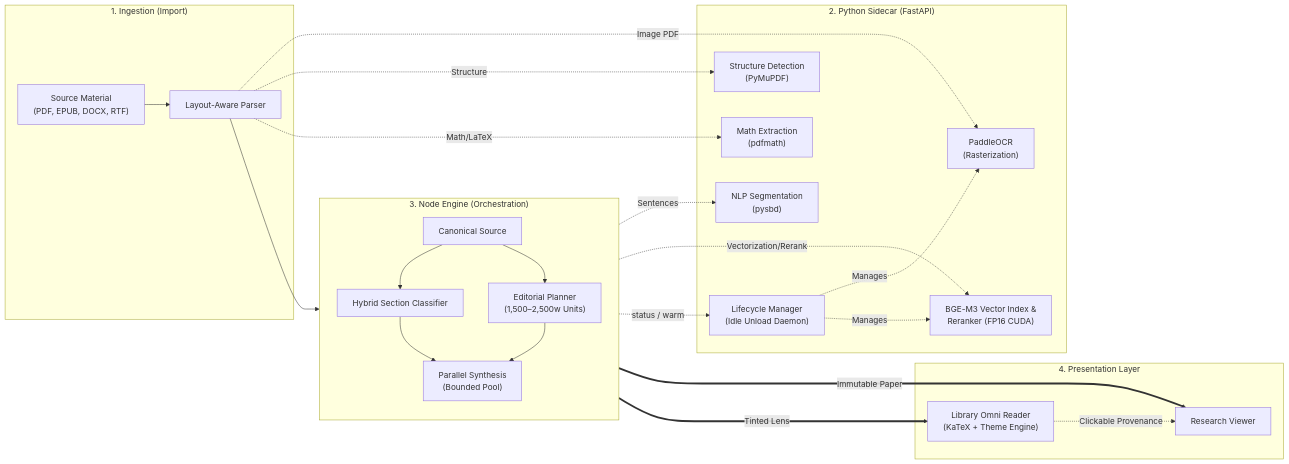
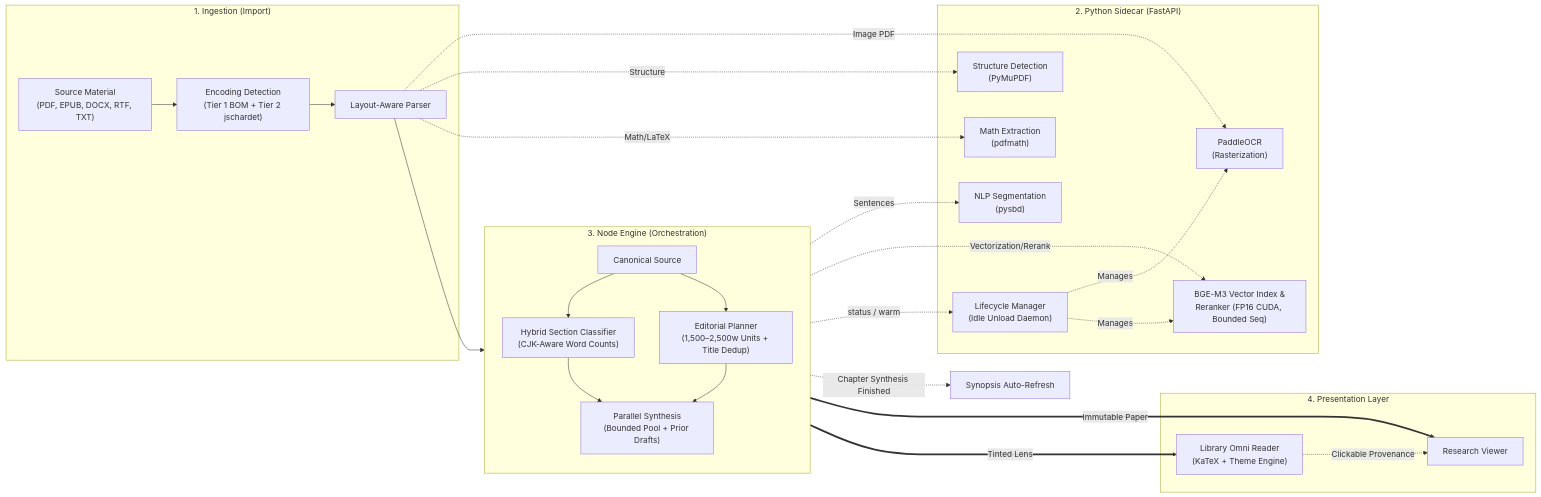
The second of 2 diagrams in README.md (avengersvstheflash/Smart-Reader), drawn with Mermaid before and after one commit. The commit also changed other lines of this file, not shown here.

Commit message:
docs: update README with F51 series Japanese ingestion & architecture additions

````diff
--- a/README.md
+++ b/README.md
@@ -88,35 +98,37 @@
 ```mermaid
 flowchart LR
     subgraph INGESTION ["1. Ingestion (Import)"]
-        RawDoc["Source Material<br/>(PDF, EPUB, DOCX, RTF)"] --> Parser["Layout-Aware Parser"]
+        RawDoc["Source Material<br/>(PDF, EPUB, DOCX, RTF, TXT)"] --> Dec["Encoding Detection<br/>(Tier 1 BOM + Tier 2 jschardet)"]
+        Dec --> Parser["Layout-Aware Parser"]
     end
     subgraph PYTHON_SIDECAR ["2. Python Sidecar (FastAPI)"]
         Lifecycle["Lifecycle Manager<br/>(Idle Unload Daemon)"]
         OCR["PaddleOCR<br/>(Rasterization)"]
         NLP["NLP Segmentation<br/>(pysbd)"]
         Structure["Structure Detection<br/>(PyMuPDF)"]
         Math["Math Extraction<br/>(pdfmath)"]
-        Embedder["BGE-M3 Vector Index &<br/>Reranker (FP16 CUDA)"]
+        Embedder["BGE-M3 Vector Index &<br/>Reranker (FP16 CUDA, Bounded Seq)"]
         Lifecycle -.->|"Manages"| OCR & Embedder
     end
     subgraph NODE_ENGINE ["3. Node Engine (Orchestration)"]
         direction TB
         Canon["Canonical Source"]
-        Classifier["Hybrid Section Classifier"]
-        Planner["Editorial Planner<br/>(1,500–2,500w Units)"]
-        Compressor["Parallel Synthesis<br/>(Bounded Pool)"]
+        Classifier["Hybrid Section Classifier<br/>(CJK-Aware Word Counts)"]
+        Planner["Editorial Planner<br/>(1,500–2,500w Units + Title Dedup)"]
+        Compressor["Parallel Synthesis<br/>(Bounded Pool + Prior Drafts)"]
         Canon --> Classifier & Planner --> Compressor
     end
     Parser --> Canon
     Parser -.->|"Image PDF"| OCR
     Parser -.->|"Structure"| Structure
     Parser -.->|"Math/LaTeX"| Math
     Canon -.->|"Sentences"| NLP
     Canon -.->|"Vectorization/Rerank"| Embedder
     Compressor -.->|"status / warm"| Lifecycle
+    Compressor -.->|"Chapter Synthesis Finished"| SynopsisRef["Synopsis Auto-Refresh"]
     subgraph PRESENTATION ["4. Presentation Layer"]
         Canon ===>|"Immutable Paper"| ResearchViewer["Research Viewer"]
         Compressor ===>|"Tinted Lens"| LibraryReader["Library Omni Reader<br/>(KaTeX + Theme Engine)"]
         LibraryReader -.->|"Clickable Provenance"| ResearchViewer
     end
 ```
````
